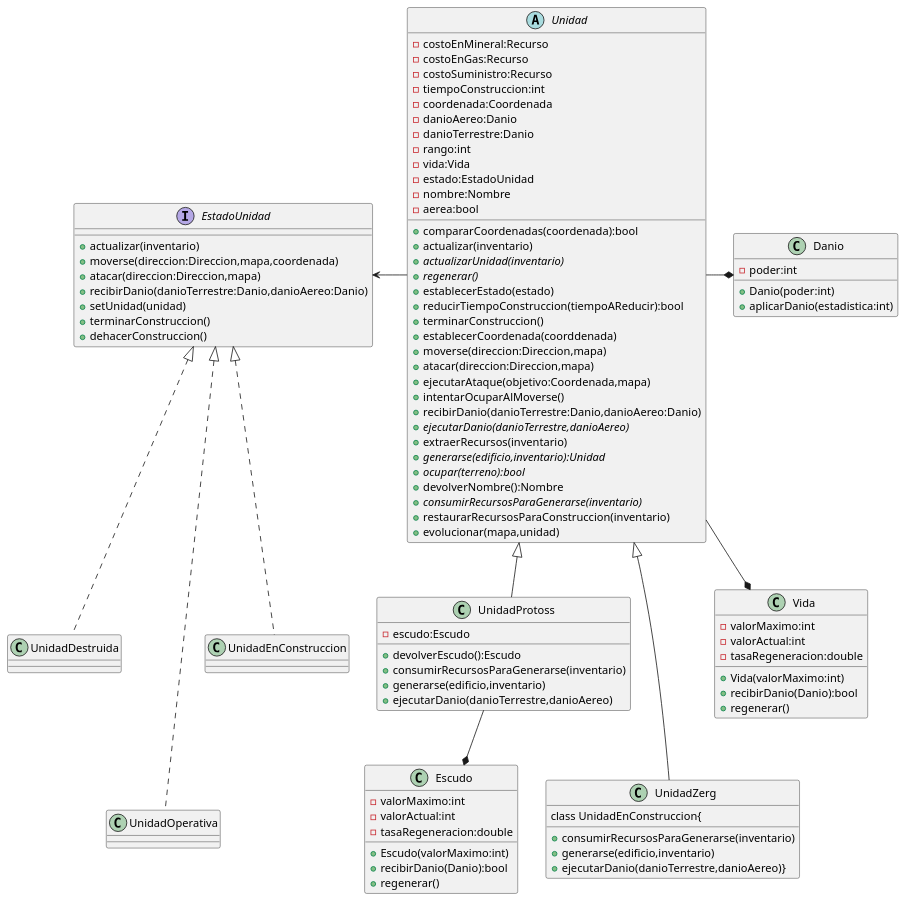
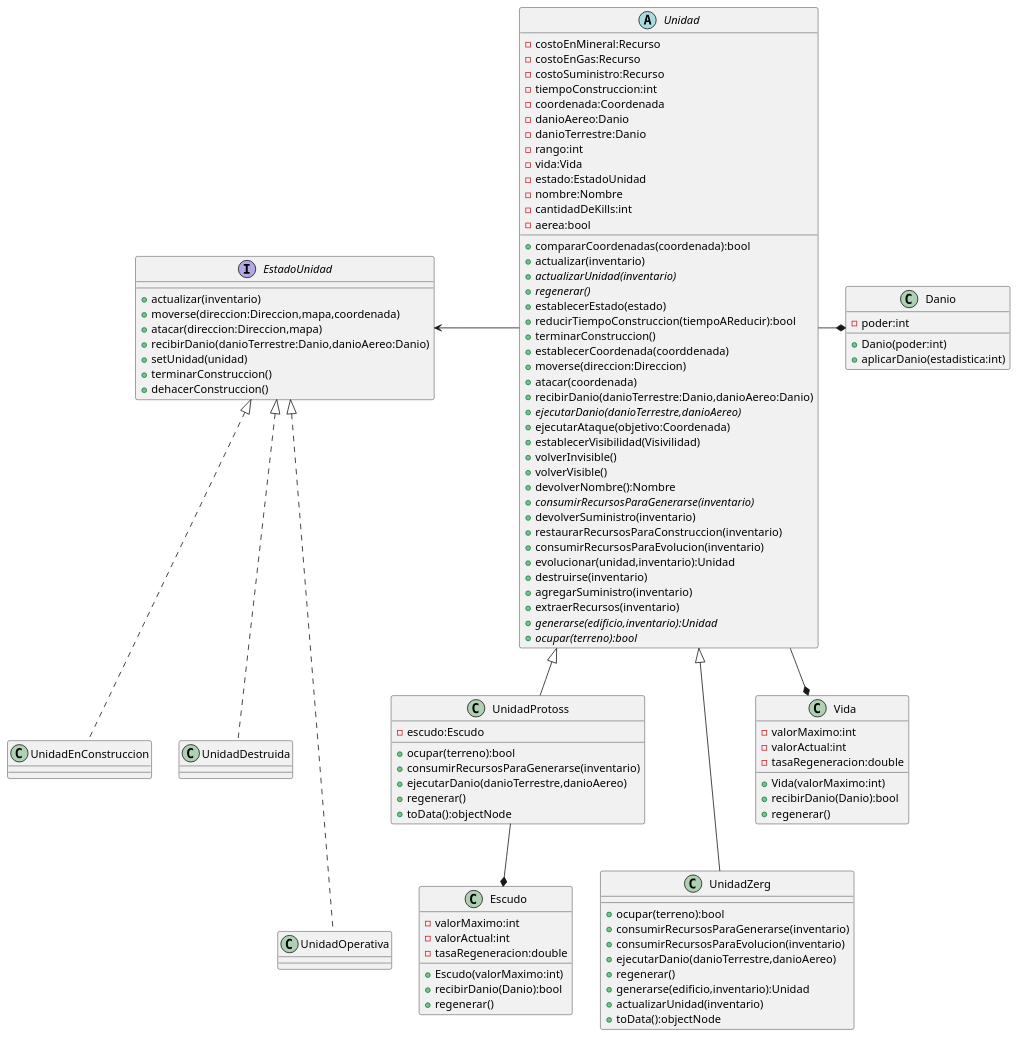
One commit to LucasMBarrientos/algo3_tp2 changed the diagram in diagrams/Modelo/class/class_unidad.puml. Above: the diagram before and after it, drawn with PlantUML. The commit also changed 2 other files, not shown here.

```diff
--- a/diagrams/Modelo/class/class_unidad.puml
+++ b/diagrams/Modelo/class/class_unidad.puml
@@ -1,101 +1,116 @@
 @startuml
 interface EstadoUnidad{
 +actualizar(inventario)
 +moverse(direccion:Direccion,mapa,coordenada)
 +atacar(direccion:Direccion,mapa)
 +recibirDanio(danioTerrestre:Danio,danioAereo:Danio)
 +setUnidad(unidad)
 +terminarConstruccion()
 +dehacerConstruccion()
 }
 
 abstract Unidad{
 -costoEnMineral:Recurso
 -costoEnGas:Recurso
 -costoSuministro:Recurso
 -tiempoConstruccion:int
 -coordenada:Coordenada
 -danioAereo:Danio
 -danioTerrestre:Danio
 -rango:int
 -vida:Vida
 -estado:EstadoUnidad
 -nombre:Nombre
+-cantidadDeKills:int
 -aerea:bool
 +compararCoordenadas(coordenada):bool
 +actualizar(inventario)
 {abstract}+actualizarUnidad(inventario)
 {abstract}+regenerar()
 +establecerEstado(estado)
 +reducirTiempoConstruccion(tiempoAReducir):bool
 +terminarConstruccion()
 +establecerCoordenada(coorddenada)
-+moverse(direccion:Direccion,mapa)
-+atacar(direccion:Direccion,mapa)
-+ejecutarAtaque(objetivo:Coordenada,mapa)
-+intentarOcuparAlMoverse()
++moverse(direccion:Direccion)
++atacar(coordenada)
 +recibirDanio(danioTerrestre:Danio,danioAereo:Danio)
 {abstract}+ejecutarDanio(danioTerrestre,danioAereo)
++ejecutarAtaque(objetivo:Coordenada)
++establecerVisibilidad(Visivilidad)
++volverInvisible()
++volverVisible()
++devolverNombre():Nombre
+{abstract}+consumirRecursosParaGenerarse(inventario)
++devolverSuministro(inventario)
++restaurarRecursosParaConstruccion(inventario)
++consumirRecursosParaEvolucion(inventario)
++evolucionar(unidad,inventario):Unidad
++destruirse(inventario)
++agregarSuministro(inventario)
 +extraerRecursos(inventario)
 {abstract}+generarse(edificio,inventario):Unidad
 {abstract}+ocupar(terreno):bool
-+devolverNombre():Nombre
-{abstract}+consumirRecursosParaGenerarse(inventario)
-+restaurarRecursosParaConstruccion(inventario)
-+evolucionar(mapa,unidad)
 }
 class UnidadProtoss{
+
 -escudo:Escudo
-+devolverEscudo():Escudo
++ocupar(terreno):bool
 +consumirRecursosParaGenerarse(inventario)
-+generarse(edificio,inventario)
 +ejecutarDanio(danioTerrestre,danioAereo)
++regenerar()
++toData():objectNode
 }
 class UnidadZerg{
 
++ocupar(terreno):bool
 +consumirRecursosParaGenerarse(inventario)
-+generarse(edificio,inventario)
-+ejecutarDanio(danioTerrestre,danioAereo)}
++consumirRecursosParaEvolucion(inventario)
++ejecutarDanio(danioTerrestre,danioAereo)
++regenerar()
++generarse(edificio,inventario):Unidad
++actualizarUnidad(inventario)
++toData():objectNode
+}
 
 class UnidadEnConstruccion{
 }
 
 class UnidadDestruida{
 }
 
 class UnidadOperativa{
 }
 
 class Danio{
 -poder:int
 +Danio(poder:int)
 +aplicarDanio(estadistica:int)
 }
 class Escudo{
 -valorMaximo:int
 -valorActual:int
 -tasaRegeneracion:double
 +Escudo(valorMaximo:int)
 +recibirDanio(Danio):bool
 +regenerar()
 }
 
 class Vida{
 -valorMaximo:int
 -valorActual:int
 -tasaRegeneracion:double
 +Vida(valorMaximo:int)
 +recibirDanio(Danio):bool
 +regenerar()
 }
 
 Unidad --* Vida
 Unidad -*  Danio
 Unidad <|-- UnidadProtoss
 UnidadProtoss --* Escudo
 Unidad <|--- UnidadZerg
 EstadoUnidad <- Unidad
 EstadoUnidad <|... UnidadOperativa
 EstadoUnidad <|.. UnidadEnConstruccion
 EstadoUnidad <|.. UnidadDestruida
 @enduml
```
